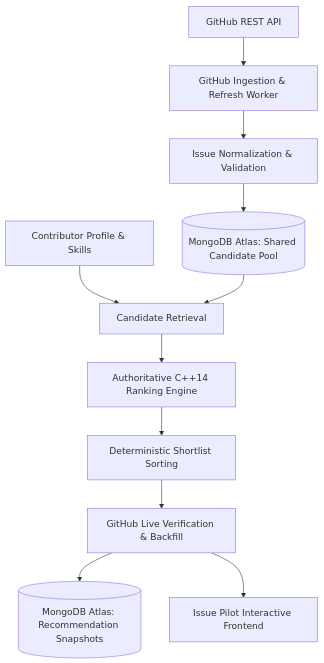
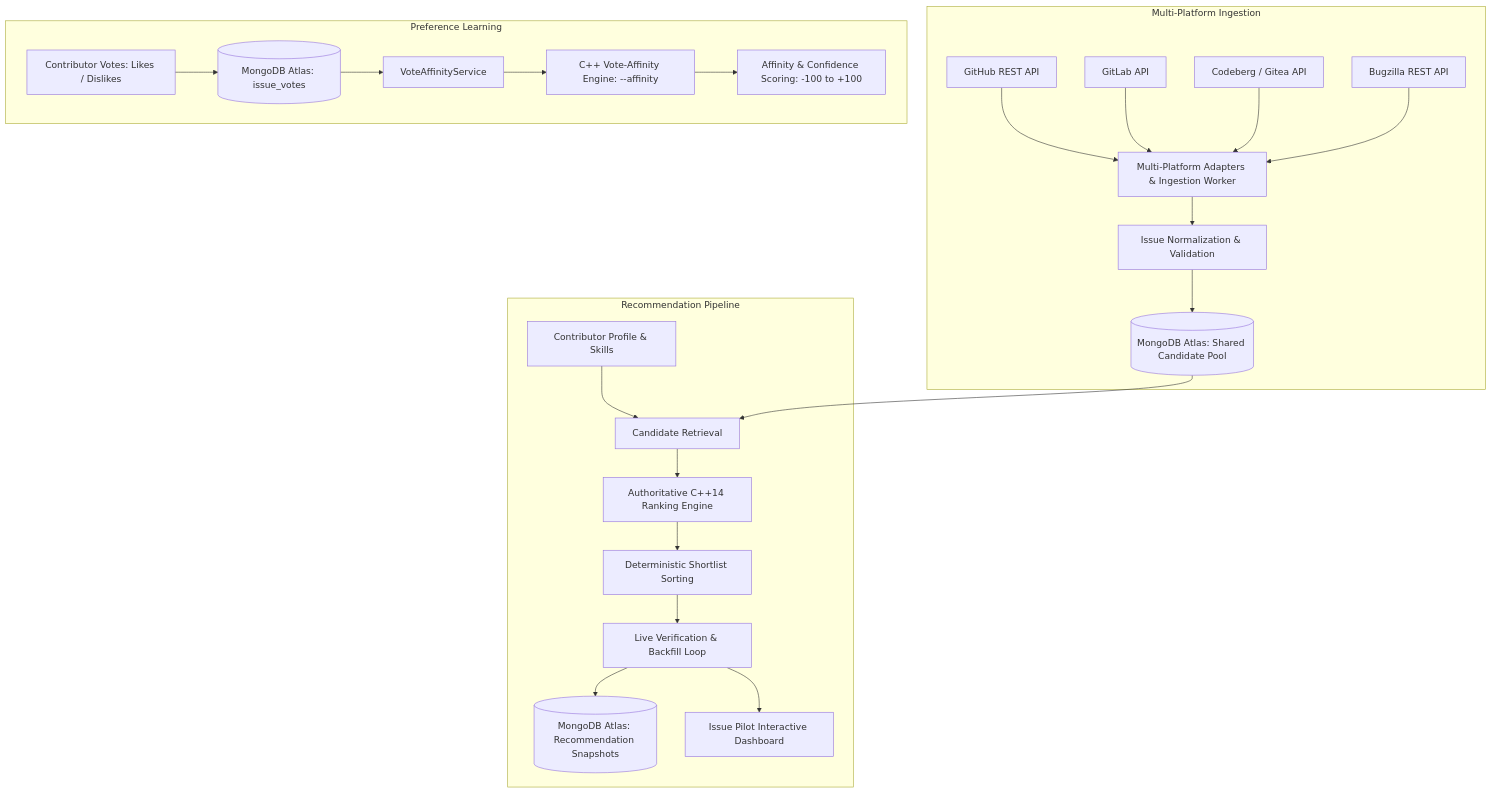
Before and after one commit to yashshinde2/Issue-Pilot: the diagram in README.md, drawn with Mermaid. The commit also changed other lines of this file and 1 other file, not shown here.

````diff
--- a/README.md
+++ b/README.md
@@ -10,15 +10,28 @@
 ```mermaid
 graph TD
-    GH[GitHub REST API] --> GW[GitHub Ingestion & Refresh Worker]
-    GW --> NORM[Issue Normalization & Validation]
-    NORM --> AT[(MongoDB Atlas: Shared Candidate Pool)]
+    subgraph Multi-Platform Ingestion
+        GH[GitHub REST API] --> GW[Multi-Platform Adapters & Ingestion Worker]
+        GL[GitLab API] --> GW
+        CB[Codeberg / Gitea API] --> GW
+        BZ[Bugzilla REST API] --> GW
+        GW --> NORM[Issue Normalization & Validation]
+        NORM --> AT[(MongoDB Atlas: Shared Candidate Pool)]
+    end
     
-    USER[Contributor Profile & Skills] --> RET[Candidate Retrieval]
-    AT --> RET
-    
-    RET --> CPP[Authoritative C++14 Ranking Engine]
-    CPP --> SORT[Deterministic Shortlist Sorting]
-    SORT --> VER[GitHub Live Verification & Backfill]
-    VER --> SNAP[(MongoDB Atlas: Recommendation Snapshots)]
-    VER --> UI[Issue Pilot Interactive Frontend]
+    subgraph Recommendation Pipeline
+        USER[Contributor Profile & Skills] --> RET[Candidate Retrieval]
+        AT --> RET
+        RET --> CPP[Authoritative C++14 Ranking Engine]
+        CPP --> SORT[Deterministic Shortlist Sorting]
+        SORT --> VER[Live Verification & Backfill Loop]
+        VER --> SNAP[(MongoDB Atlas: Recommendation Snapshots)]
+        VER --> UI[Issue Pilot Interactive Dashboard]
+    end
+
+    subgraph Preference Learning
+        VOTES[Contributor Votes: Likes / Dislikes] --> VOTE_REPO[(MongoDB Atlas: issue_votes)]
+        VOTE_REPO --> AFF_CLIENT[VoteAffinityService]
+        AFF_CLIENT --> CPP_AFF[C++ Vote-Affinity Engine: --affinity]
+        CPP_AFF --> AFF_EVAL[Affinity & Confidence Scoring: -100 to +100]
+    end
 ```
````
